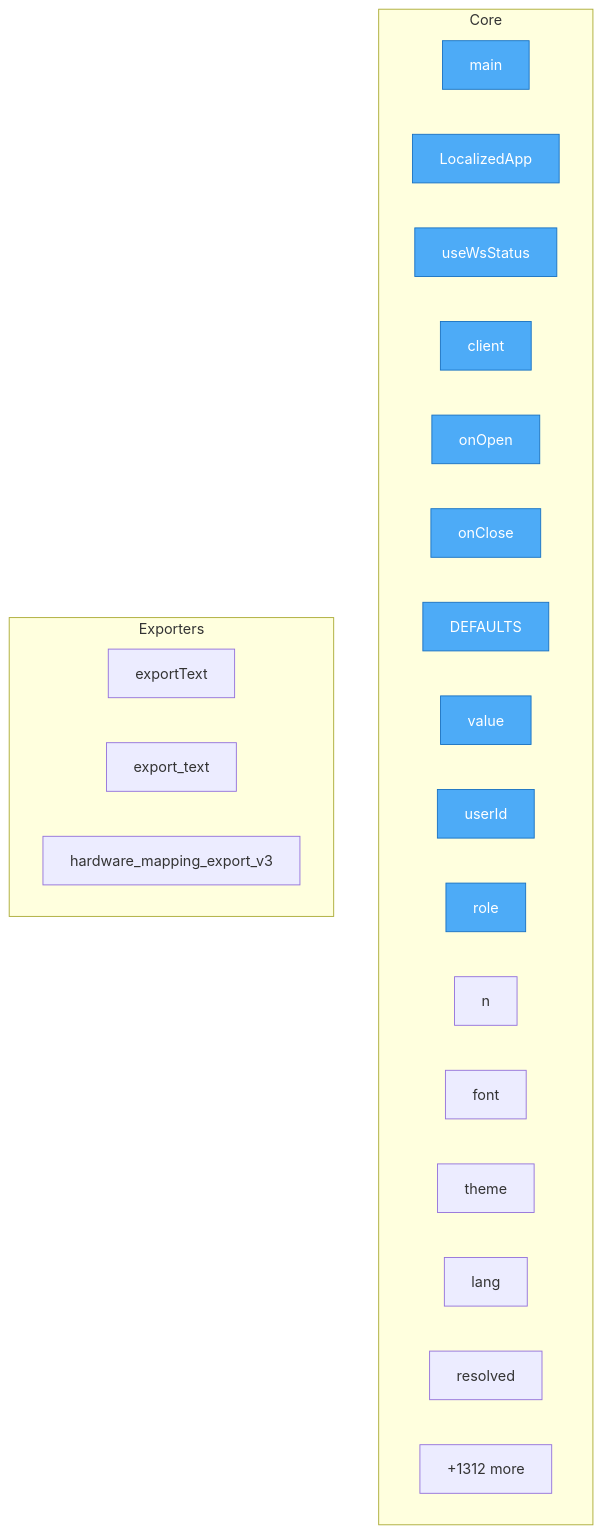
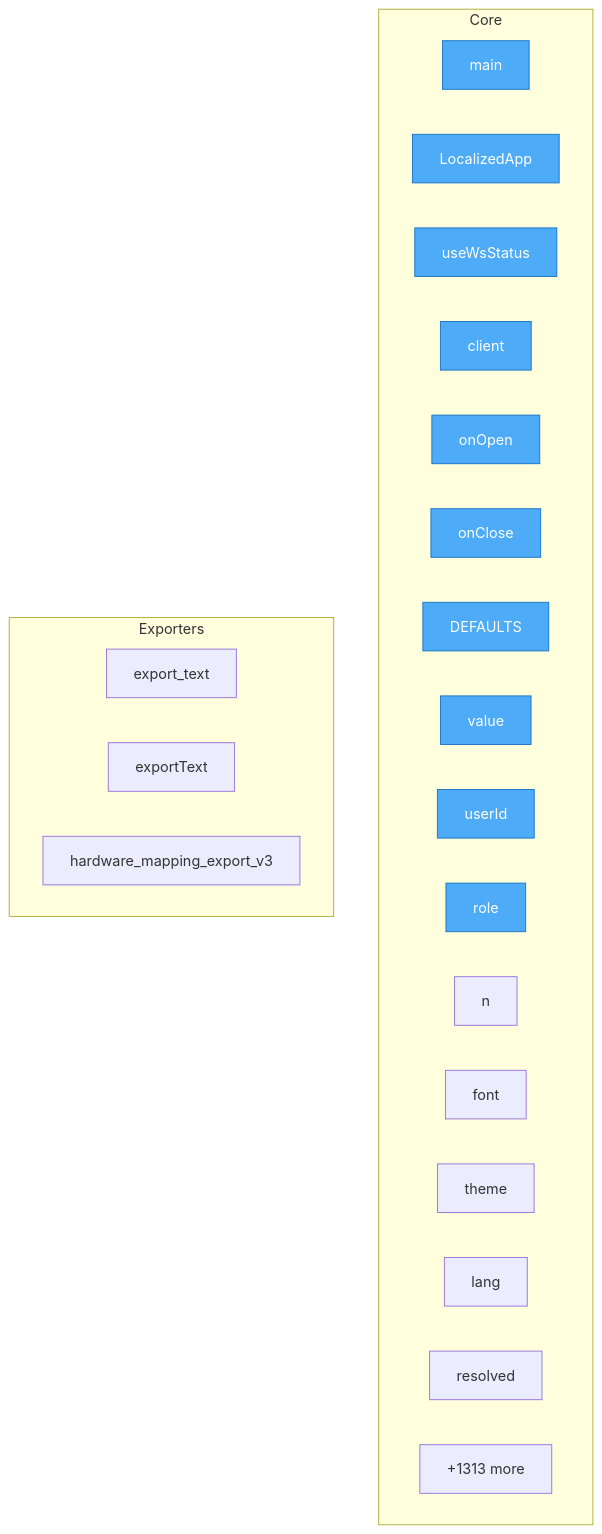
The diagram in project/flow.mmd (oqlos/oqlos), drawn with Mermaid before and after one commit. The commit also changed 49 other files, not shown here.

```diff
--- a/project/flow.mmd
+++ b/project/flow.mmd
@@ -1,32 +1,32 @@
 flowchart TD
-%% generated in 0.07s
+%% generated in 0.04s
 
     %% Entry points (blue)
     classDef entry fill:#4dabf7,stroke:#1971c2,color:#fff
 
     subgraph Core
         setup_hardware_and_run_oql__main["main"]
         frontend__src__main__LocalizedApp["LocalizedApp"]
         frontend__src__hooks__useWsStatus__useWsStatus["useWsStatus"]
         frontend__src__hooks__useWsStatus__client["client"]
         frontend__src__hooks__useWsStatus__onOpen["onOpen"]
         frontend__src__hooks__useWsStatus__onClose["onClose"]
         frontend__src__hooks__useUrlConfig__DEFAULTS["DEFAULTS"]
         frontend__src__hooks__useUrlConfig__value["value"]
         frontend__src__hooks__useUrlConfig__userId["userId"]
         frontend__src__hooks__useUrlConfig__role["role"]
         frontend__src__hooks__useUrlConfig__n["n"]
         frontend__src__hooks__useUrlConfig__font["font"]
         frontend__src__hooks__useUrlConfig__theme["theme"]
         frontend__src__hooks__useUrlConfig__lang["lang"]
         frontend__src__hooks__useUrlConfig__resolved["resolved"]
-        ...["+1312 more"]
+        ...["+1313 more"]
     end
 
     subgraph Exporters
+        oqlos__api__hardware_mapping_store__MappingStore__export_text["export_text"]
         frontend__src__pages__HardwareRestart__exportText["exportText"]
-        oqlos__api__hardware_mapping_store__MappingStore__export_text["export_text"]
-        oqlos__api__hardware_v3__hardware_mapping_export_v3["hardware_mapping_export_v3"]
+        oqlos__api___hw3_mapping__hardware_mapping_export_v3["hardware_mapping_export_v3"]
     end
 
     class setup_hardware_and_run_oql__main,frontend__src__main__LocalizedApp,frontend__src__hooks__useWsStatus__useWsStatus,frontend__src__hooks__useWsStatus__client,frontend__src__hooks__useWsStatus__onOpen,frontend__src__hooks__useWsStatus__onClose,frontend__src__hooks__useUrlConfig__DEFAULTS,frontend__src__hooks__useUrlConfig__value,frontend__src__hooks__useUrlConfig__userId,frontend__src__hooks__useUrlConfig__role entry
```
